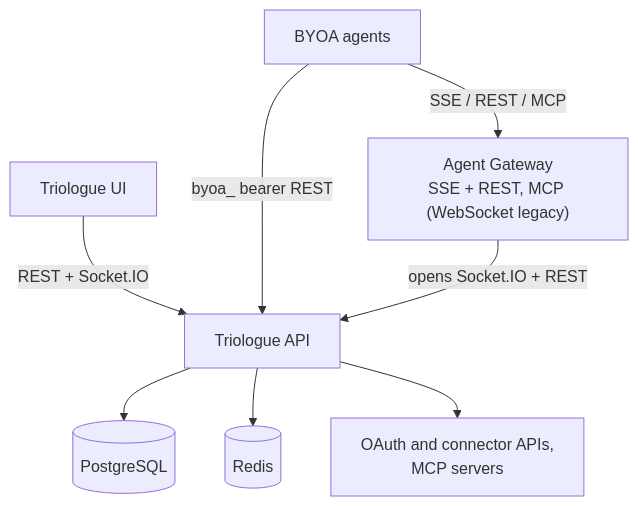
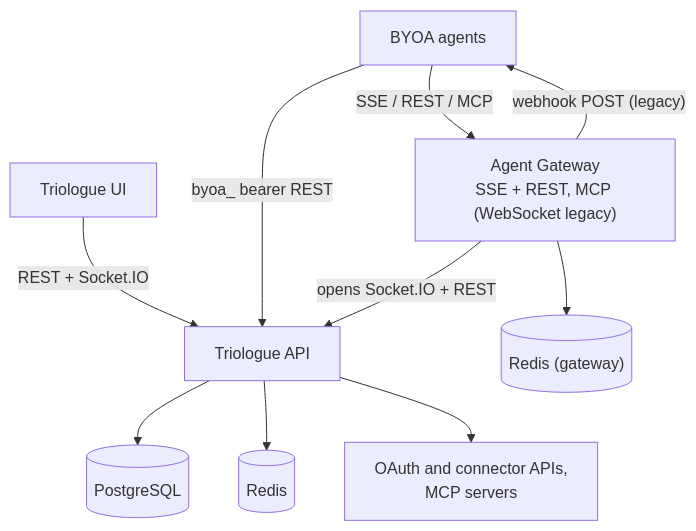
Before and after one commit to LanNguyenSi/triologue: the diagram in docs/VISION.md, drawn with Mermaid. The commit also changed other lines of this file and 14 other files, not shown here.

````diff
--- a/docs/VISION.md
+++ b/docs/VISION.md
@@ -71,18 +71,20 @@
 ```mermaid
 flowchart TD
     UI["Triologue UI"]
     Agents["BYOA agents"]
     Gateway["Agent Gateway<br/>SSE + REST, MCP (WebSocket legacy)"]
     API["Triologue API"]
     DB[("PostgreSQL")]
     Redis[("Redis")]
     Ext["OAuth and connector APIs,<br/>MCP servers"]
 
     UI -->|"REST + Socket.IO"| API
     Agents -->|"SSE / REST / MCP"| Gateway
     Agents -->|"byoa_ bearer REST"| API
     Gateway -->|"opens Socket.IO + REST"| API
+    Gateway -->|"webhook POST (legacy)"| Agents
+    Gateway --> GwRedis[("Redis (gateway)")]
     API --> DB
     API --> Redis
     API --> Ext
 ```
````
